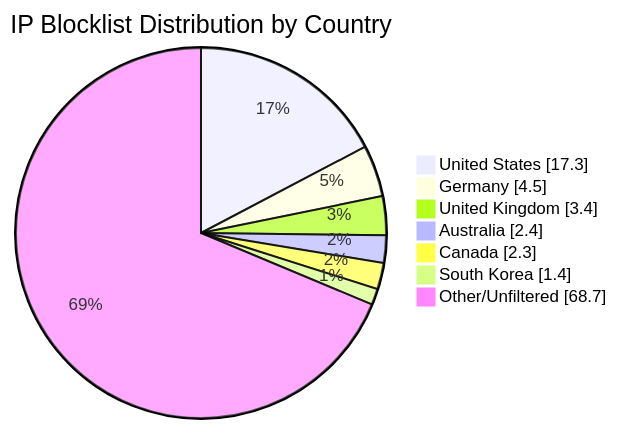
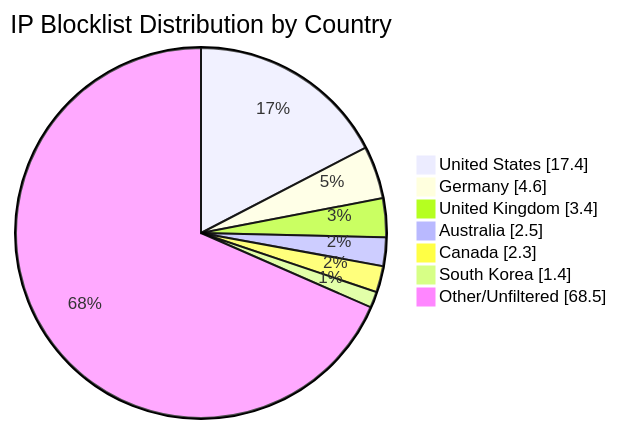
Before and after one commit to MarcusHoltz/ipblocklist-geofiltered-aggregator: the diagram in README.md, drawn with Mermaid. The commit also changed other lines of this file and 9 other files, not shown here.

````diff
--- a/README.md
+++ b/README.md
@@ -34,10 +34,10 @@
 ```mermaid
 pie showData title IP Blocklist Distribution by Country
-"United States" : 17.3
-"Germany" : 4.5
+"United States" : 17.4
+"Germany" : 4.6
 "United Kingdom" : 3.4
-"Australia" : 2.4
+"Australia" : 2.5
 "Canada" : 2.3
 "South Korea" : 1.4
-"Other/Unfiltered" : 68.7
+"Other/Unfiltered" : 68.5
 ```
````
